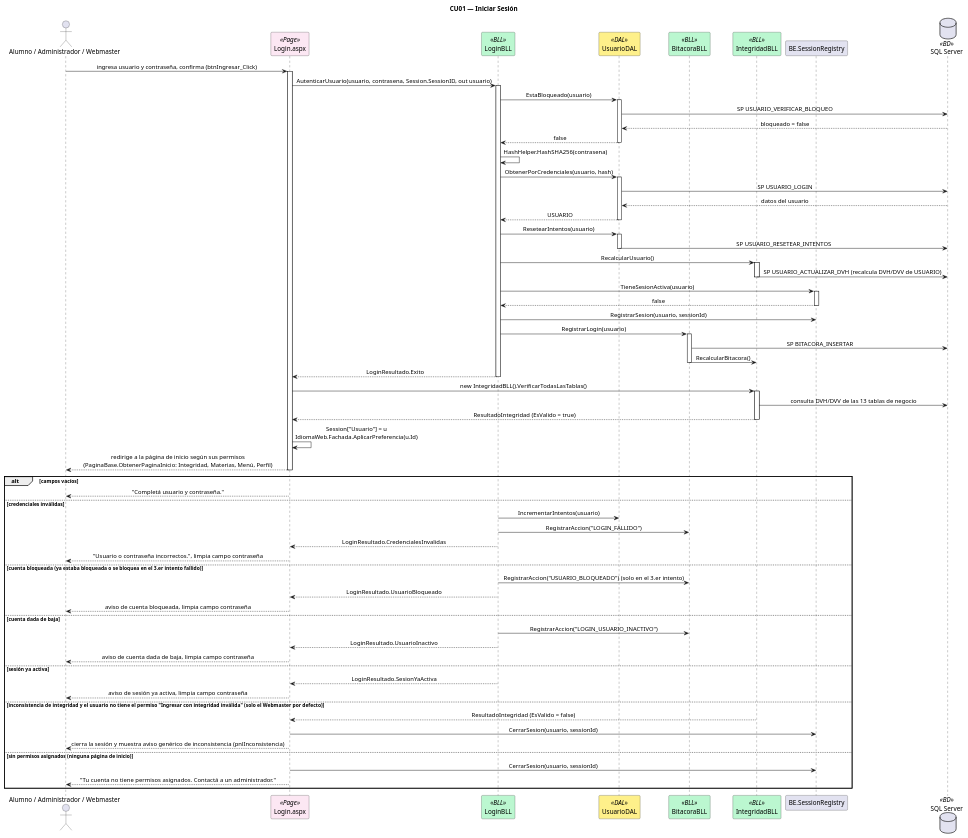
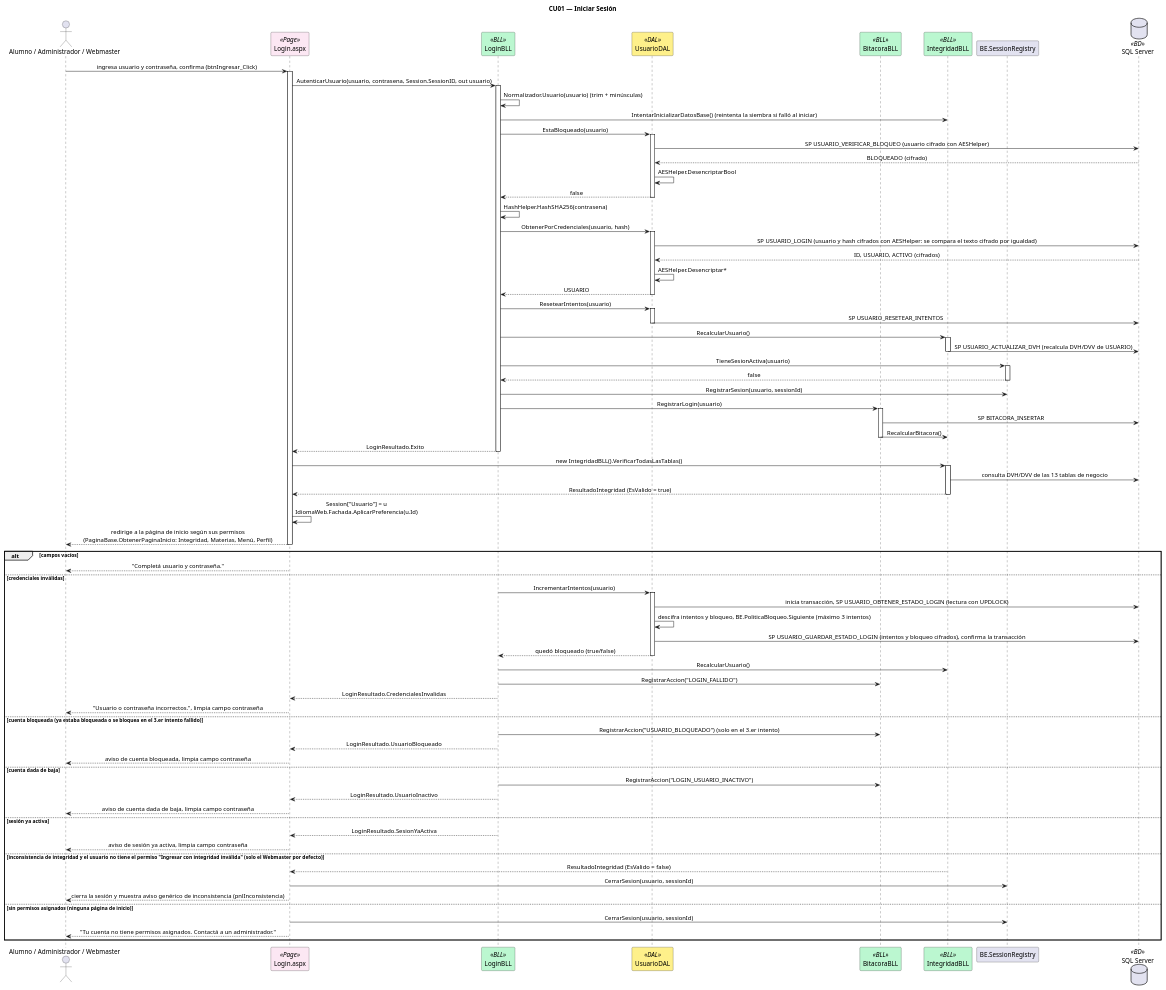
The diagram in DIAGRAMAS/Secuencia_CU01_IniciarSesion.puml (Urrels/tpDYAWeb), drawn with PlantUML before and after one commit. The commit also changed 38 other files, not shown here.

First line of the commit message:
docs(diagramas): actualizar diagramas al cifrado de datos y a los cambios de noviembre

```diff
--- a/DIAGRAMAS/Secuencia_CU01_IniciarSesion.puml
+++ b/DIAGRAMAS/Secuencia_CU01_IniciarSesion.puml
@@ -1,104 +1,116 @@
 @startuml Secuencia_CU01_IniciarSesion
 title CU01 — Iniciar Sesión
 skinparam sequenceMessageAlign center
 skinparam shadowing false
 skinparam sequenceParticipant {
     BackgroundColor<<Page>> #FCE7F3
     BackgroundColor<<BLL>> #BBF7D0
     BackgroundColor<<DAL>> #FEF08A
     BackgroundColor<<BD>> #DBEAFE
 }
 
 actor "Alumno / Administrador / Webmaster" as A
 participant "Login.aspx" as PAGE <<Page>>
 participant "LoginBLL" as BLL <<BLL>>
 participant "UsuarioDAL" as DAL <<DAL>>
 participant "BitacoraBLL" as BIT <<BLL>>
 participant "IntegridadBLL" as INT <<BLL>>
 participant "BE.SessionRegistry" as SR
 database "SQL Server" as DB <<BD>>
 
 A -> PAGE : ingresa usuario y contraseña, confirma (btnIngresar_Click)
 activate PAGE
 PAGE -> BLL : AutenticarUsuario(usuario, contrasena, Session.SessionID, out usuario)
 activate BLL
 
+BLL -> BLL : Normalizador.Usuario(usuario) (trim + minúsculas)
+BLL -> INT : IntentarInicializarDatosBase() (reintenta la siembra si falló al iniciar)
+
 BLL -> DAL : EstaBloqueado(usuario)
 activate DAL
-DAL -> DB : SP USUARIO_VERIFICAR_BLOQUEO
-DB --> DAL : bloqueado = false
+DAL -> DB : SP USUARIO_VERIFICAR_BLOQUEO (usuario cifrado con AESHelper)
+DB --> DAL : BLOQUEADO (cifrado)
+DAL -> DAL : AESHelper.DesencriptarBool
 DAL --> BLL : false
 deactivate DAL
 
 BLL -> BLL : HashHelper.HashSHA256(contrasena)
 BLL -> DAL : ObtenerPorCredenciales(usuario, hash)
 activate DAL
-DAL -> DB : SP USUARIO_LOGIN
-DB --> DAL : datos del usuario
+DAL -> DB : SP USUARIO_LOGIN (usuario y hash cifrados con AESHelper: se compara el texto cifrado por igualdad)
+DB --> DAL : ID, USUARIO, ACTIVO (cifrados)
+DAL -> DAL : AESHelper.Desencriptar*
 DAL --> BLL : USUARIO
 deactivate DAL
 
 BLL -> DAL : ResetearIntentos(usuario)
 activate DAL
 DAL -> DB : SP USUARIO_RESETEAR_INTENTOS
 deactivate DAL
 
 BLL -> INT : RecalcularUsuario()
 activate INT
 INT -> DB : SP USUARIO_ACTUALIZAR_DVH (recalcula DVH/DVV de USUARIO)
 deactivate INT
 
 BLL -> SR : TieneSesionActiva(usuario)
 activate SR
 SR --> BLL : false
 deactivate SR
 
 BLL -> SR : RegistrarSesion(usuario, sessionId)
 
 BLL -> BIT : RegistrarLogin(usuario)
 activate BIT
 BIT -> DB : SP BITACORA_INSERTAR
 BIT -> INT : RecalcularBitacora()
 deactivate BIT
 
 BLL --> PAGE : LoginResultado.Exito
 deactivate BLL
 
 PAGE -> INT : new IntegridadBLL().VerificarTodasLasTablas()
 activate INT
 INT -> DB : consulta DVH/DVV de las 13 tablas de negocio
 INT --> PAGE : ResultadoIntegridad (EsValido = true)
 deactivate INT
 
 PAGE -> PAGE : Session["Usuario"] = u\nIdiomaWeb.Fachada.AplicarPreferencia(u.Id)
 PAGE --> A : redirige a la página de inicio según sus permisos\n(PaginaBase.ObtenerPaginaInicio: Integridad, Materias, Menú, Perfil)
 deactivate PAGE
 
 alt campos vacíos
   PAGE --> A : "Completá usuario y contraseña."
 else credenciales inválidas
   BLL -> DAL : IncrementarIntentos(usuario)
+  activate DAL
+  DAL -> DB : inicia transacción, SP USUARIO_OBTENER_ESTADO_LOGIN (lectura con UPDLOCK)
+  DAL -> DAL : descifra intentos y bloqueo, BE.PoliticaBloqueo.Siguiente (máximo 3 intentos)
+  DAL -> DB : SP USUARIO_GUARDAR_ESTADO_LOGIN (intentos y bloqueo cifrados), confirma la transacción
+  DAL --> BLL : quedó bloqueado (true/false)
+  deactivate DAL
+  BLL -> INT : RecalcularUsuario()
   BLL -> BIT : RegistrarAccion("LOGIN_FALLIDO")
   BLL --> PAGE : LoginResultado.CredencialesInvalidas
   PAGE --> A : "Usuario o contraseña incorrectos.", limpia campo contraseña
 else cuenta bloqueada (ya estaba bloqueada o se bloquea en el 3.er intento fallido)
   BLL -> BIT : RegistrarAccion("USUARIO_BLOQUEADO") (solo en el 3.er intento)
   BLL --> PAGE : LoginResultado.UsuarioBloqueado
   PAGE --> A : aviso de cuenta bloqueada, limpia campo contraseña
 else cuenta dada de baja
   BLL -> BIT : RegistrarAccion("LOGIN_USUARIO_INACTIVO")
   BLL --> PAGE : LoginResultado.UsuarioInactivo
   PAGE --> A : aviso de cuenta dada de baja, limpia campo contraseña
 else sesión ya activa
   BLL --> PAGE : LoginResultado.SesionYaActiva
   PAGE --> A : aviso de sesión ya activa, limpia campo contraseña
 else inconsistencia de integridad y el usuario no tiene el permiso "Ingresar con integridad inválida" (solo el Webmaster por defecto)
   INT --> PAGE : ResultadoIntegridad (EsValido = false)
   PAGE -> SR : CerrarSesion(usuario, sessionId)
   PAGE --> A : cierra la sesión y muestra aviso genérico de inconsistencia (pnlInconsistencia)
 else sin permisos asignados (ninguna página de inicio)
   PAGE -> SR : CerrarSesion(usuario, sessionId)
   PAGE --> A : "Tu cuenta no tiene permisos asignados. Contactá a un administrador."
 end
 
 @enduml
```
